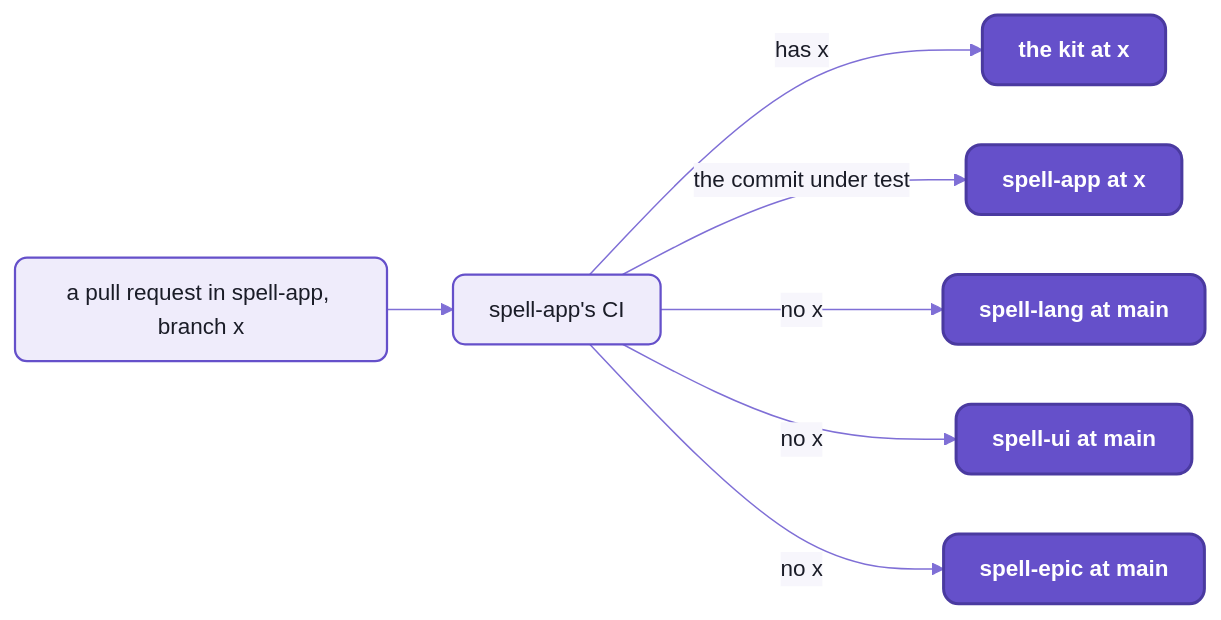
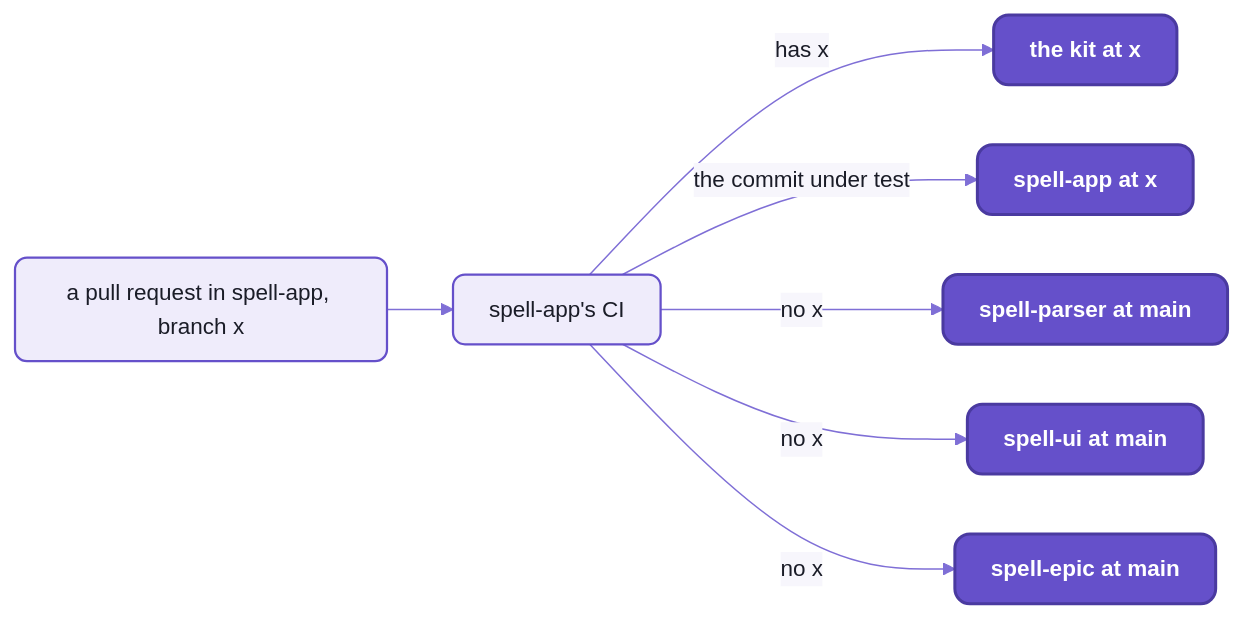
One commit to spell-app/spell changed the second of 2 diagrams in README-development.md. Above: the diagram before and after it, drawn with Mermaid. The commit also changed other lines of this file and 225 other files, not shown here.

````diff
--- a/README-development.md
+++ b/README-development.md
@@ -377,14 +377,14 @@
 ```mermaid
 %%{init: {"theme":"base","themeVariables":{"fontFamily":"-apple-system, BlinkMacSystemFont, Segoe UI, Helvetica, Arial, sans-serif","fontSize":"15px","primaryColor":"#EFECFB","primaryBorderColor":"#6550CA","primaryTextColor":"#1A1C27","secondaryColor":"#F4F1E9","tertiaryColor":"#F7F6FC","lineColor":"#7F6FD6","textColor":"#7F6FD6","clusterBkg":"#F7F6FC","clusterBorder":"#B9B0E8","titleColor":"#1A1C27","edgeLabelBackground":"#F7F6FC","actorBkg":"#EFECFB","actorBorder":"#6550CA","actorTextColor":"#1A1C27","actorLineColor":"#9C90DE","signalColor":"#7F6FD6","signalTextColor":"#7F6FD6","labelBoxBkgColor":"#EFECFB","labelBoxBorderColor":"#6550CA","labelTextColor":"#1A1C27","loopTextColor":"#7F6FD6","noteBkgColor":"#F1E7D4","noteBorderColor":"#C9B48A","noteTextColor":"#1A1C27","activationBkgColor":"#DCD6F7","activationBorderColor":"#6550CA","sequenceNumberColor":"#FFFFFF"},"flowchart":{"curve":"basis","padding":12,"nodeSpacing":40,"rankSpacing":44}}}%%
 flowchart LR
   push["a pull request in spell-app, branch x"] --> ci["spell-app's CI"]
   ci -- "has x" --> kit["the kit at x"]
   ci -- "the commit under test" --> app["spell-app at x"]
-  ci -- "no x" --> lang["spell-lang at main"]
+  ci -- "no x" --> lang["spell-parser at main"]
   ci -- "no x" --> ui["spell-ui at main"]
   ci -- "no x" --> epic["spell-epic at main"]
   %% the Spell look:  yarn mermaid:pretty
   classDef default fill:#EFECFB,stroke:#6550CA,stroke-width:1.5px,color:#1A1C27,rx:8px,ry:8px
   classDef repo fill:#6550CA,stroke:#4A3AA0,stroke-width:2px,color:#FFFFFF,rx:10px,ry:10px,font-weight:600
   class kit,app,lang,ui,epic repo
 ```
````
